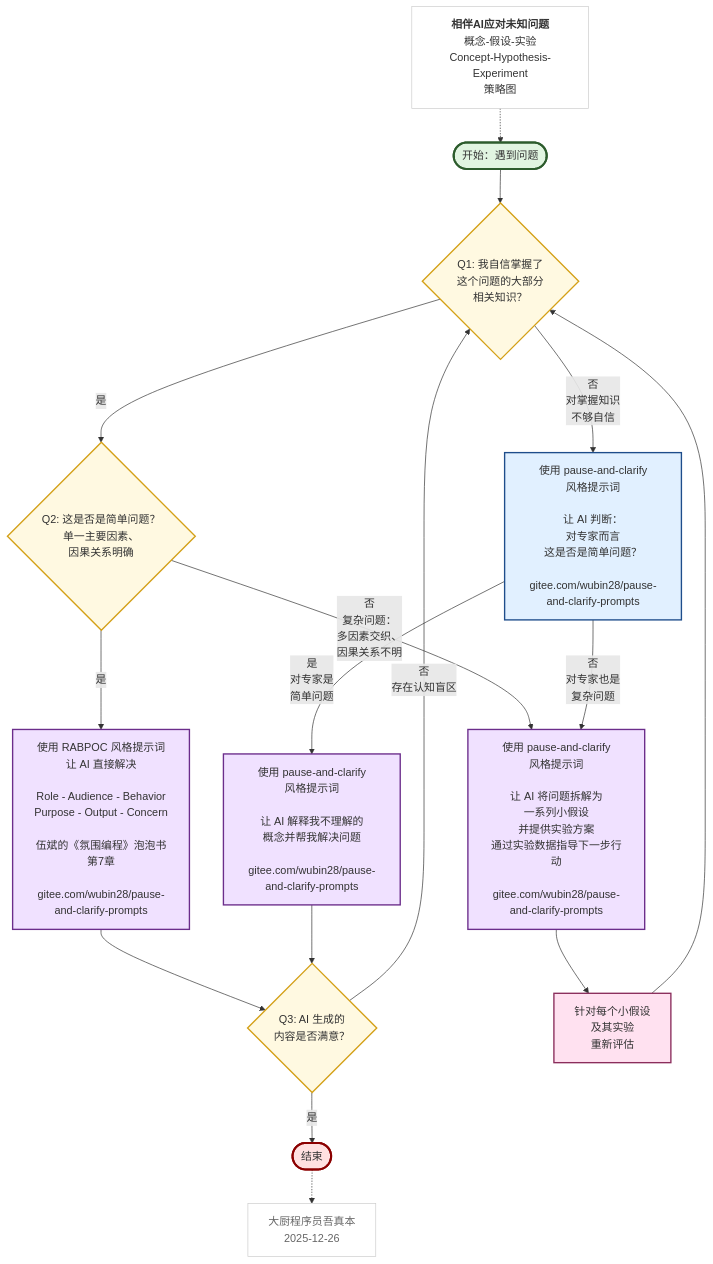
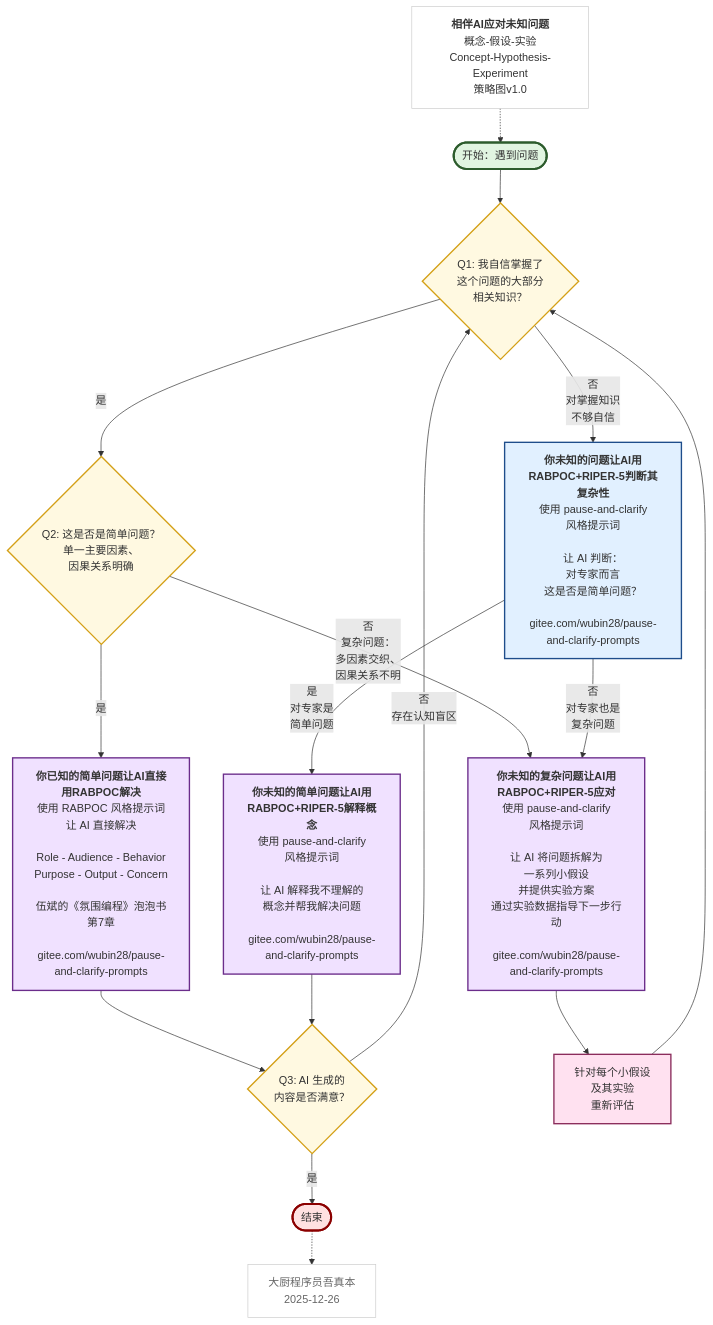
One commit to wubin28/accompany-ai-in-tackling-unknown-problems changed the diagram in concept-hypothesis-experiment-diagram.md. Above: the diagram before and after it, drawn with Mermaid.

Commit message:
refactor: added titles for the boxes in the diagram

````diff
--- a/concept-hypothesis-experiment-diagram.md
+++ b/concept-hypothesis-experiment-diagram.md
@@ -3,42 +3,42 @@
 ```mermaid
 flowchart TD
-    Title["<b>相伴AI应对未知问题</b><br/>概念-假设-实验<br/>Concept-Hypothesis-Experiment<br/>策略图"] -.-> Start([开始：遇到问题])
+    Title["<b>相伴AI应对未知问题</b><br/>概念-假设-实验<br/>Concept-Hypothesis-Experiment<br/>策略图v1.0"] -.-> Start([开始：遇到问题])
     Start --> Q1{Q1: 我自信掌握了<br/>这个问题的大部分<br/>相关知识？}
 
     Q1 -->|是| Q2{Q2: 这是否是简单问题？<br/>单一主要因素、<br/>因果关系明确}
 
-    Q2 -->|是| RABPOC[使用 RABPOC 风格提示词<br/>让 AI 直接解决<br/><br/>Role - Audience - Behavior<br/>Purpose - Output - Concern<br/><br/>伍斌的《氛围编程》泡泡书第7章<br/><br/>gitee.com/wubin28/pause-and-clarify-prompts]
+    Q2 -->|是| RABPOC[<b>你已知的简单问题让AI直接用RABPOC解决</b><br/>使用 RABPOC 风格提示词<br/>让 AI 直接解决<br/><br/>Role - Audience - Behavior<br/>Purpose - Output - Concern<br/><br/>伍斌的《氛围编程》泡泡书第7章<br/><br/>gitee.com/wubin28/pause-and-clarify-prompts]
 
     RABPOC --> Q3{Q3: AI 生成的<br/>内容是否满意？}
 
     Q3 -->|是| End([结束])
     Q3 -->|否<br/>存在认知盲区| Q1
 
-    Q2 -->|否<br/>复杂问题：<br/>多因素交织、<br/>因果关系不明| Complex1["使用 pause-and-clarify<br/>风格提示词<br/><br/>让 AI 将问题拆解为<br/>一系列小假设<br/>并提供实验方案<br/>通过实验数据指导下一步行动"<br/><br/>gitee.com/wubin28/pause-and-clarify-prompts]
+    Q2 -->|否<br/>复杂问题：<br/>多因素交织、<br/>因果关系不明| Complex1[<b>你未知的复杂问题让AI用RABPOC+RIPER-5应对</b><br/>使用 pause-and-clarify<br/>风格提示词<br/><br/>让 AI 将问题拆解为<br/>一系列小假设<br/>并提供实验方案<br/>通过实验数据指导下一步行动<br/><br/>gitee.com/wubin28/pause-and-clarify-prompts]
 
     Complex1 --> Loop1["针对每个小假设<br/>及其实验<br/>重新评估"] --> Q1
 
-    Q1 -->|否<br/>对掌握知识<br/>不够自信| AIJudge["使用 pause-and-clarify<br/>风格提示词<br/><br/>让 AI 判断：<br/>对专家而言<br/>这是否是简单问题？"<br/><br/>gitee.com/wubin28/pause-and-clarify-prompts]
+    Q1 -->|否<br/>对掌握知识<br/>不够自信| AIJudge[<b>你未知的问题让AI用RABPOC+RIPER-5判断其复杂性</b><br/>使用 pause-and-clarify<br/>风格提示词<br/><br/>让 AI 判断：<br/>对专家而言<br/>这是否是简单问题？<br/><br/>gitee.com/wubin28/pause-and-clarify-prompts]
 
-    AIJudge -->|是<br/>对专家是<br/>简单问题| Explain1["使用 pause-and-clarify<br/>风格提示词<br/><br/>让 AI 解释我不理解的<br/>概念并帮我解决问题<br/><br/>gitee.com/wubin28/pause-and-clarify-prompts"]
+    AIJudge -->|是<br/>对专家是<br/>简单问题| Explain1[<b>你未知的简单问题让AI用RABPOC+RIPER-5解释概念</b><br/>使用 pause-and-clarify<br/>风格提示词<br/><br/>让 AI 解释我不理解的<br/>概念并帮我解决问题<br/><br/>gitee.com/wubin28/pause-and-clarify-prompts]
 
     Explain1 --> Q3
 
     AIJudge -->|否<br/>对专家也是<br/>复杂问题| Complex1
 
     End -.-> Signature["大厨程序员吾真本<br/>2025-12-26"]
 
     style Start fill:#e1f5e1,stroke:#2d5c2d,stroke-width:3px
     style End fill:#ffe1e1,stroke:#8b0000,stroke-width:3px
     style Q1 fill:#fff9e1,stroke:#d4a017,stroke-width:2px
     style Q2 fill:#fff9e1,stroke:#d4a017,stroke-width:2px
     style Q3 fill:#fff9e1,stroke:#d4a017,stroke-width:2px
     style AIJudge fill:#e1f0ff,stroke:#1e4d8b,stroke-width:2px
     style RABPOC fill:#f0e1ff,stroke:#6b2d8b,stroke-width:2px
     style Complex1 fill:#f0e1ff,stroke:#6b2d8b,stroke-width:2px
     style Explain1 fill:#f0e1ff,stroke:#6b2d8b,stroke-width:2px
     style Loop1 fill:#ffe1f0,stroke:#8b2d5c,stroke-width:2px
     style Title fill:#ffffff,stroke:#cccccc,stroke-width:1px,color:#333333
     style Signature fill:#ffffff,stroke:#cccccc,stroke-width:1px,color:#666666
 
 ```
````
